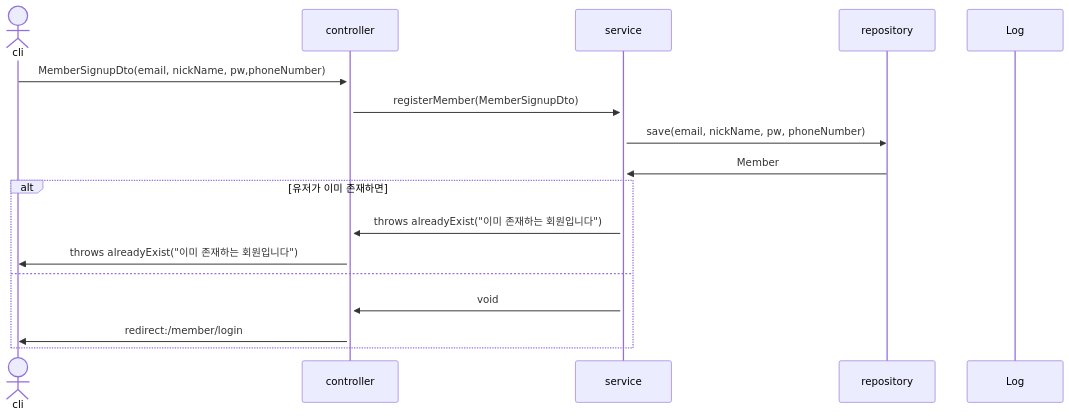
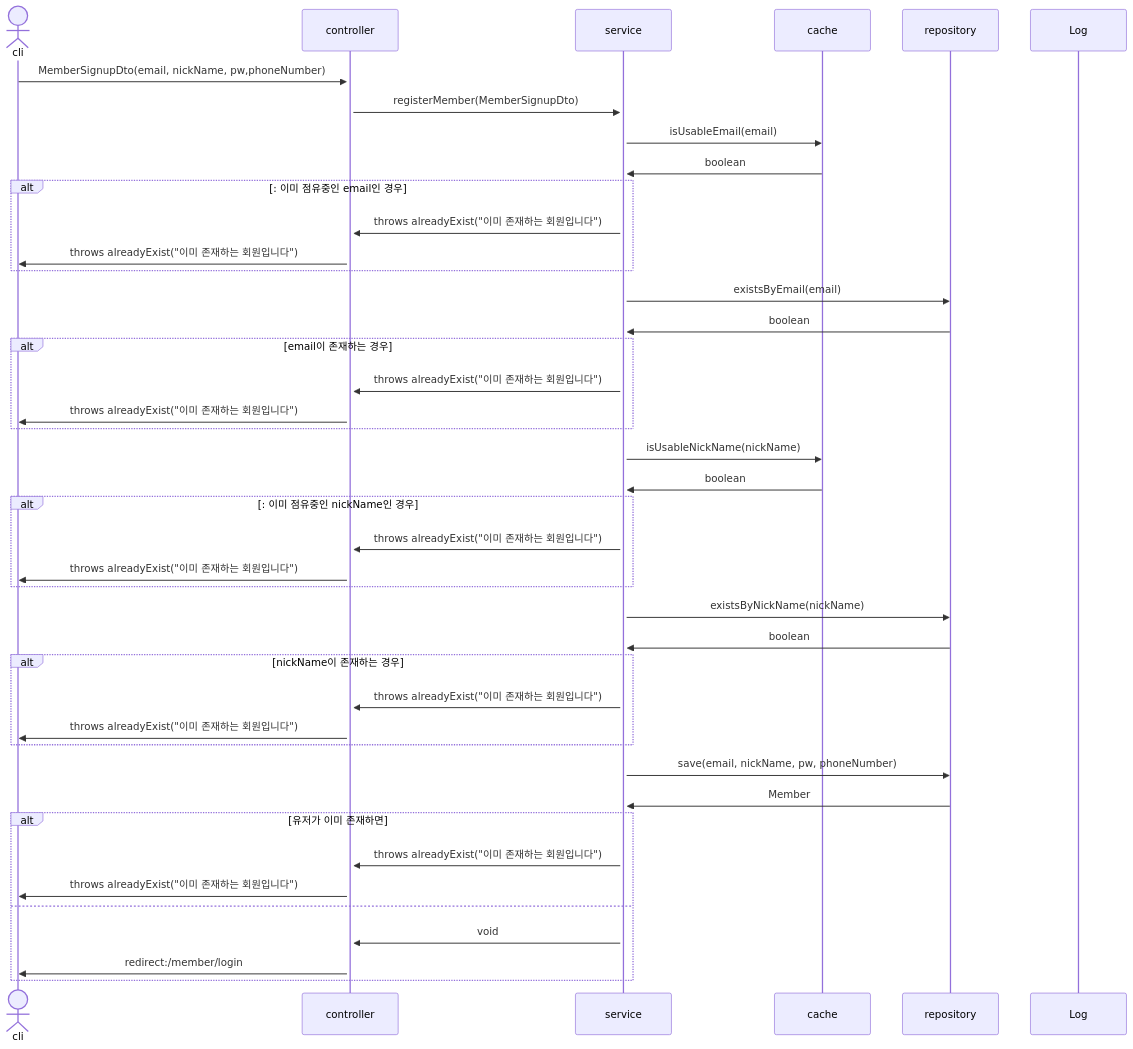
Before and after one commit to mtak0235/snsX: the fourth of 30 diagrams in sequence.md, drawn with Mermaid. The commit also changed other lines of this file, not shown here.

Commit message:
update isValidMemberEmail & isValidMemberNickName & memberSignup sequence diagram

````diff
--- a/sequence.md
+++ b/sequence.md
@@ -43,21 +73,46 @@
 ```mermaid
 sequenceDiagram
 actor cli
 participant c as controller
 participant s as service
+participant ca as cache
 participant r as repository
 participant l as Log
 
 cli->>+c: MemberSignupDto(email, nickName, pw,phoneNumber)
 c->>+s: registerMember(MemberSignupDto)
+s->>ca: isUsableEmail(email)
+ca->>s: boolean
+alt: 이미 점유중인 email인 경우
+s->>c: throws alreadyExist("이미 존재하는 회원입니다")
+c->>cli: throws alreadyExist("이미 존재하는 회원입니다")
+end
+s->>r: existsByEmail(email)
+r->>s: boolean
+alt email이 존재하는 경우
+s->>c: throws alreadyExist("이미 존재하는 회원입니다")
+c->>cli: throws alreadyExist("이미 존재하는 회원입니다")
+end
+s->>ca: isUsableNickName(nickName)
+ca->>s: boolean
+alt: 이미 점유중인 nickName인 경우
+s->>c: throws alreadyExist("이미 존재하는 회원입니다")
+c->>cli: throws alreadyExist("이미 존재하는 회원입니다")
+end
+s->>r: existsByNickName(nickName)
+r->>s: boolean
+alt nickName이 존재하는 경우
+s->>c: throws alreadyExist("이미 존재하는 회원입니다")
+c->>cli: throws alreadyExist("이미 존재하는 회원입니다")
+end
 s->>r: save(email, nickName, pw, phoneNumber)
 r->>s: Member
 alt 유저가 이미 존재하면
 s->>c: throws alreadyExist("이미 존재하는 회원입니다")
 c->>cli: throws alreadyExist("이미 존재하는 회원입니다")
 else
 s->>c: void
 c->>cli: redirect:/member/login
 end
 
 ```
````
